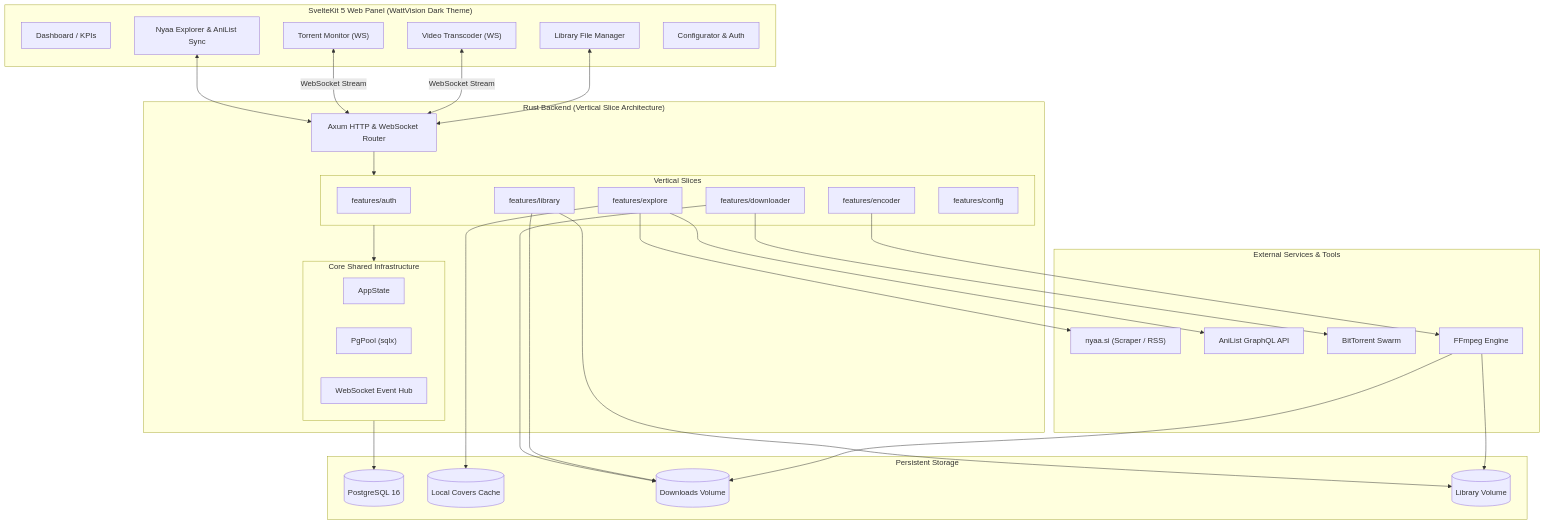
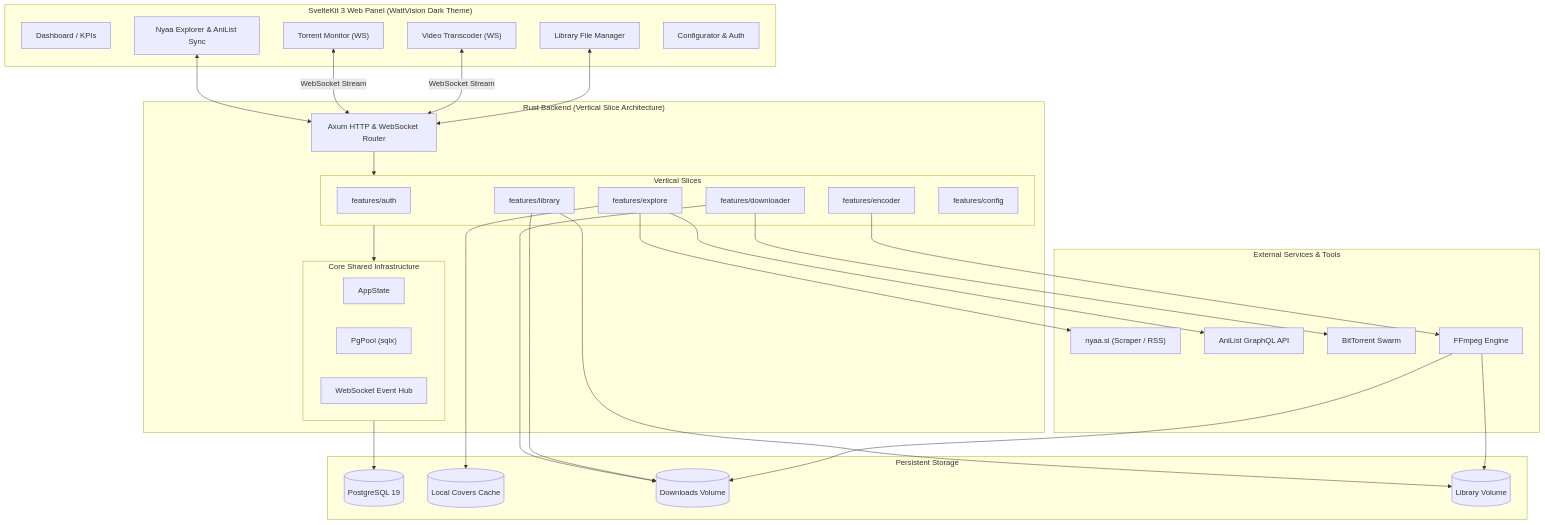
Before and after one commit to Skyleaft/nyaalist: the diagram in plan.md, drawn with Mermaid. The commit also changed other lines of this file and 20 other files, not shown here.

Commit message:
feat(phase-1): project initialization, core architecture, and database migrations

````diff
--- a/plan.md
+++ b/plan.md
@@ -19,67 +19,67 @@
 ```mermaid
 graph TD
-    subgraph Frontend ["SvelteKit 5 Web Panel (WattVision Dark Theme)"]
+    subgraph Frontend ["SvelteKit 3 Web Panel (WattVision Dark Theme)"]
         UI_Dash["Dashboard / KPIs"]
         UI_Explore["Nyaa Explorer & AniList Sync"]
         UI_Downloader["Torrent Monitor (WS)"]
         UI_Library["Library File Manager"]
         UI_Encoder["Video Transcoder (WS)"]
         UI_Config["Configurator & Auth"]
     end
 
     subgraph Backend ["Rust Backend (Vertical Slice Architecture)"]
         Router["Axum HTTP & WebSocket Router"]
         
         subgraph VSA ["Vertical Slices"]
             Slice_Auth["features/auth"]
             Slice_Explore["features/explore"]
             Slice_Downloader["features/downloader"]
             Slice_Library["features/library"]
             Slice_Encoder["features/encoder"]
             Slice_Config["features/config"]
         end
 
         subgraph Core ["Core Shared Infrastructure"]
             State["AppState"]
             DB_Pool["PgPool (sqlx)"]
             WSHub["WebSocket Event Hub"]
         end
     end
 
     subgraph External ["External Services & Tools"]
         Nyaa["nyaa.si (Scraper / RSS)"]
         AniList["AniList GraphQL API"]
         BT_Swarm["BitTorrent Swarm"]
         FFmpeg_Bin["FFmpeg Engine"]
     end
 
     subgraph Storage ["Persistent Storage"]
-        Postgres[(PostgreSQL 16)]
+        Postgres[(PostgreSQL 19)]
         CoversDir[("Local Covers Cache")]
         DownloadsDir[("Downloads Volume")]
         LibraryDir[("Library Volume")]
     end
 
     UI_Explore <--> Router
     UI_Downloader <-->|WebSocket Stream| Router
     UI_Encoder <-->|WebSocket Stream| Router
     UI_Library <--> Router
 
     Router --> VSA
     VSA --> Core
     Core --> Postgres
 
     Slice_Explore --> Nyaa
     Slice_Explore --> AniList
     Slice_Explore --> CoversDir
 
     Slice_Downloader --> BT_Swarm
     Slice_Downloader --> DownloadsDir
 
     Slice_Library --> DownloadsDir
     Slice_Library --> LibraryDir
 
     Slice_Encoder --> FFmpeg_Bin
     FFmpeg_Bin --> DownloadsDir
     FFmpeg_Bin --> LibraryDir
 ```
````
